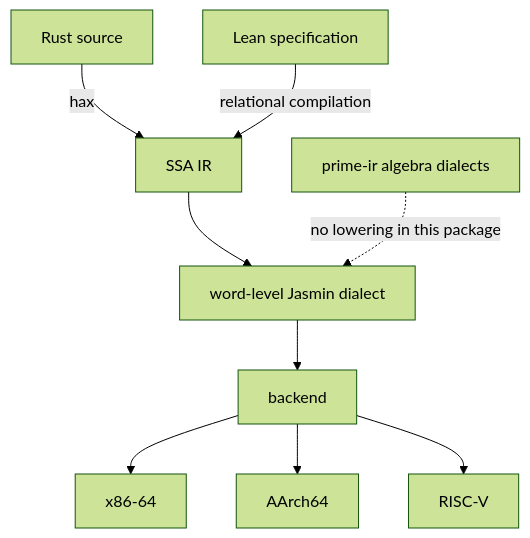
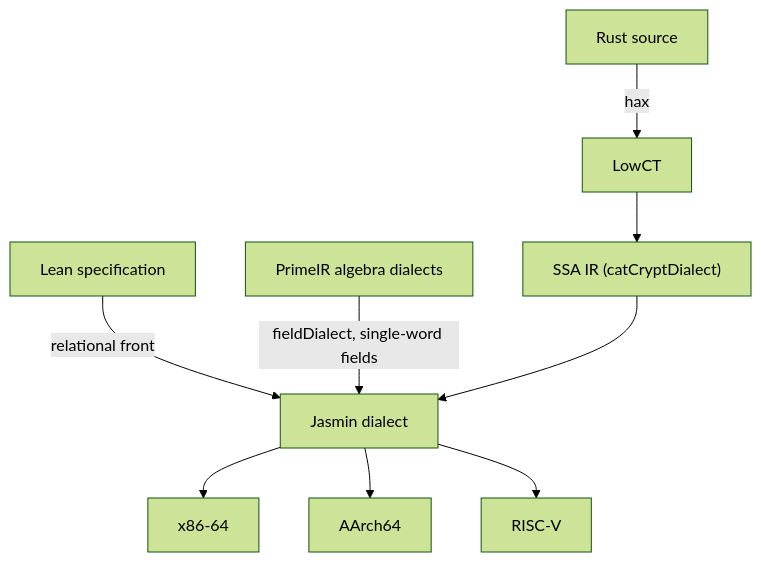
The diagram in README.md (spitters/catcrypt-compiler), drawn with Mermaid (forest theme) before and after one commit. The commit also changed other lines of this file and 22 other files, not shown here.

````diff
--- a/README.md
+++ b/README.md
@@ -55,11 +132,11 @@
 ```mermaid
 flowchart TD
-    RUST["Rust source"] -->|hax| IR
-    SPEC["Lean specification"] -->|relational compilation| IR
-    IR["SSA IR"] --> JAS["word-level Jasmin dialect"]
-    ALG["prime-ir algebra dialects"] -.->|no lowering in this package| JAS
-    JAS --> BE["backend"]
-    BE --> X86["x86-64"]
-    BE --> ARM["AArch64"]
-    BE --> RV["RISC-V"]
+    RUST["Rust source"] -->|hax| LOWCT["LowCT"]
+    SPEC["Lean specification"] -->|relational front| JAS
+    LOWCT --> IR["SSA IR (catCryptDialect)"]
+    ALG["PrimeIR algebra dialects"] -->|fieldDialect, single-word fields| JAS
+    IR --> JAS["Jasmin dialect"]
+    JAS --> X86["x86-64"]
+    JAS --> ARM["AArch64"]
+    JAS --> RV["RISC-V"]
 ```
````
